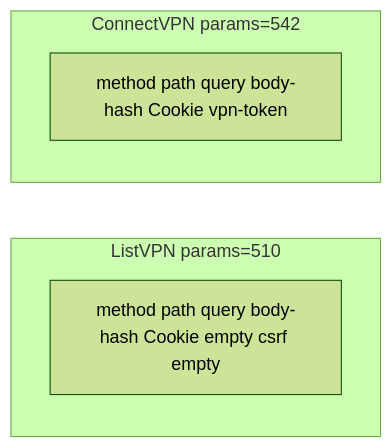
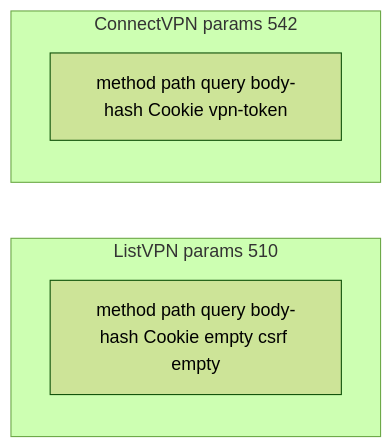
Before and after one commit to loveyana/corplink-rs: the second of 3 diagrams in docs/request-signature.md, drawn with Mermaid (forest theme). The commit also changed other lines of this file, not shown here.

First line of the commit message:
docs: sanitize Mermaid flowchart labels for GitHub

````diff
--- a/docs/request-signature.md
+++ b/docs/request-signature.md
@@ -194,9 +194,9 @@
 ```mermaid
 flowchart LR
-    subgraph listvpn [ListVPN params=510]
+    subgraph listvpn [ListVPN params 510]
         L1[method path query body-hash Cookie empty csrf empty]
     end
-    subgraph connectvpn [ConnectVPN params=542]
+    subgraph connectvpn [ConnectVPN params 542]
         C1[method path query body-hash Cookie vpn-token]
     end
 ```
````
